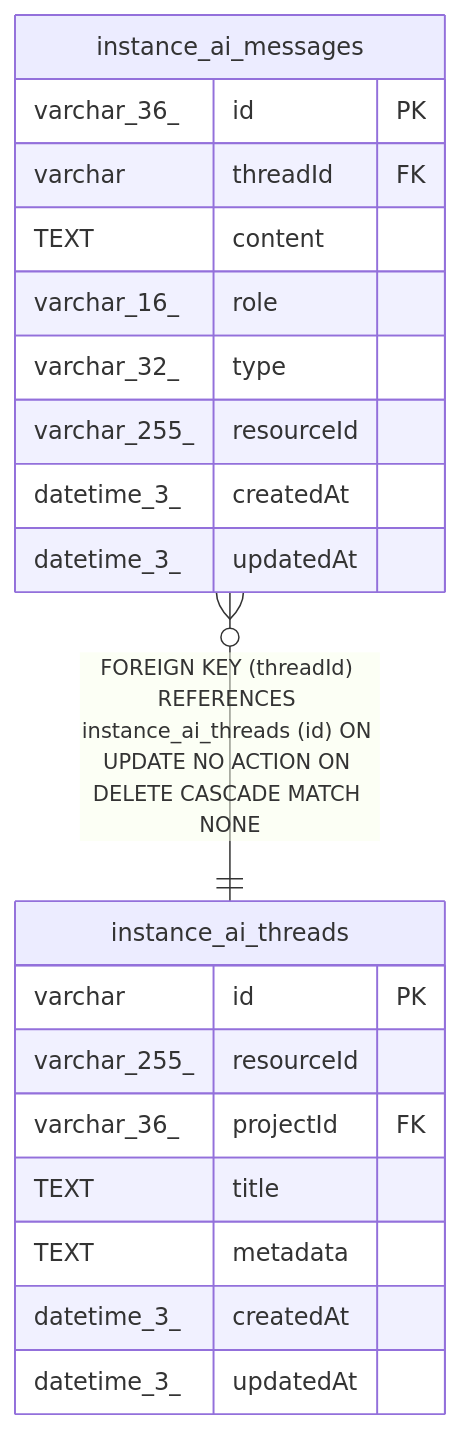
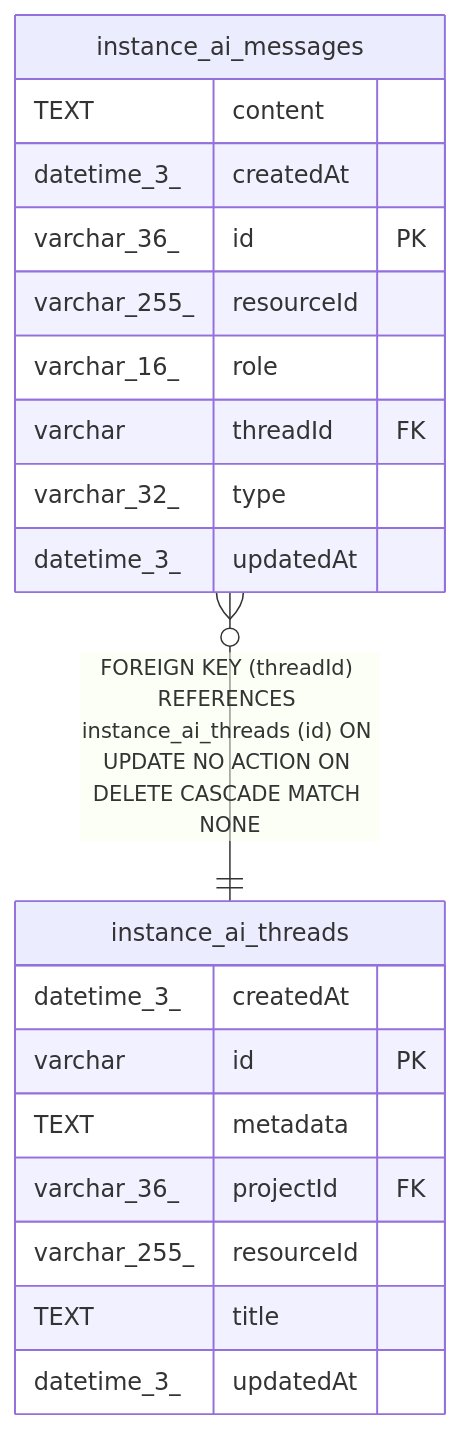
One commit to mayankjain1815-commits/n8n changed the diagram in docs/generated/sqlite-schema/instance_ai_messages.md. Above: the diagram before and after it, drawn with Mermaid. The commit also changed other lines of this file and 221 other files, not shown here.

Commit message:
chore(core): Make DB schema docs generation deterministic (#32373)

````diff
--- a/docs/generated/sqlite-schema/instance_ai_messages.md
+++ b/docs/generated/sqlite-schema/instance_ai_messages.md
@@ -45,25 +45,25 @@
 ```mermaid
 erDiagram
 
 "instance_ai_messages" }o--|| "instance_ai_threads" : "FOREIGN KEY (threadId) REFERENCES instance_ai_threads (id) ON UPDATE NO ACTION ON DELETE CASCADE MATCH NONE"
 
 "instance_ai_messages" {
+  TEXT content
+  datetime_3_ createdAt
   varchar_36_ id PK
+  varchar_255_ resourceId
+  varchar_16_ role
   varchar threadId FK
-  TEXT content
-  varchar_16_ role
   varchar_32_ type
-  varchar_255_ resourceId
-  datetime_3_ createdAt
   datetime_3_ updatedAt
 }
 "instance_ai_threads" {
+  datetime_3_ createdAt
   varchar id PK
+  TEXT metadata
+  varchar_36_ projectId FK
   varchar_255_ resourceId
-  varchar_36_ projectId FK
   TEXT title
-  TEXT metadata
-  datetime_3_ createdAt
   datetime_3_ updatedAt
 }
 ```
````
